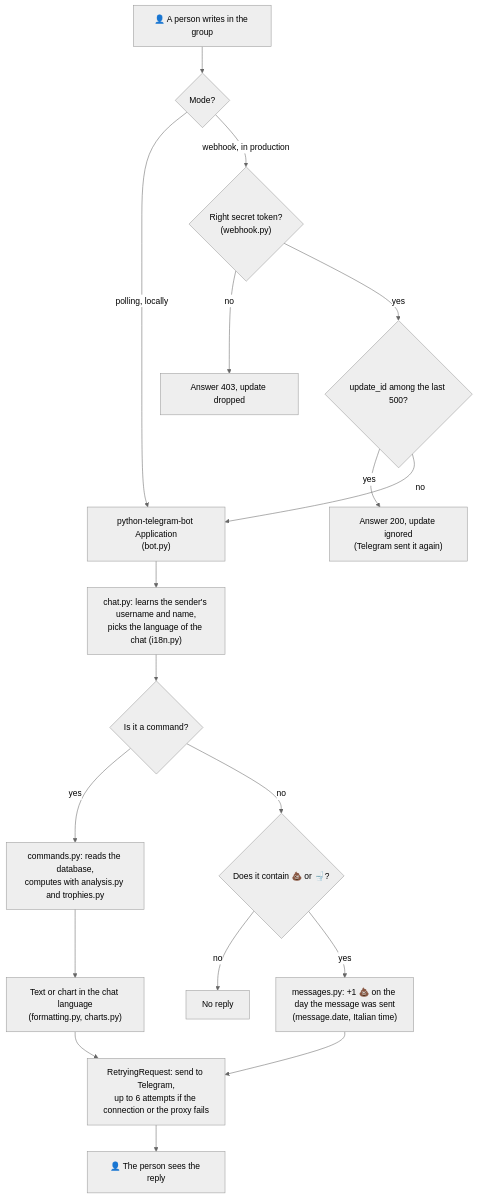
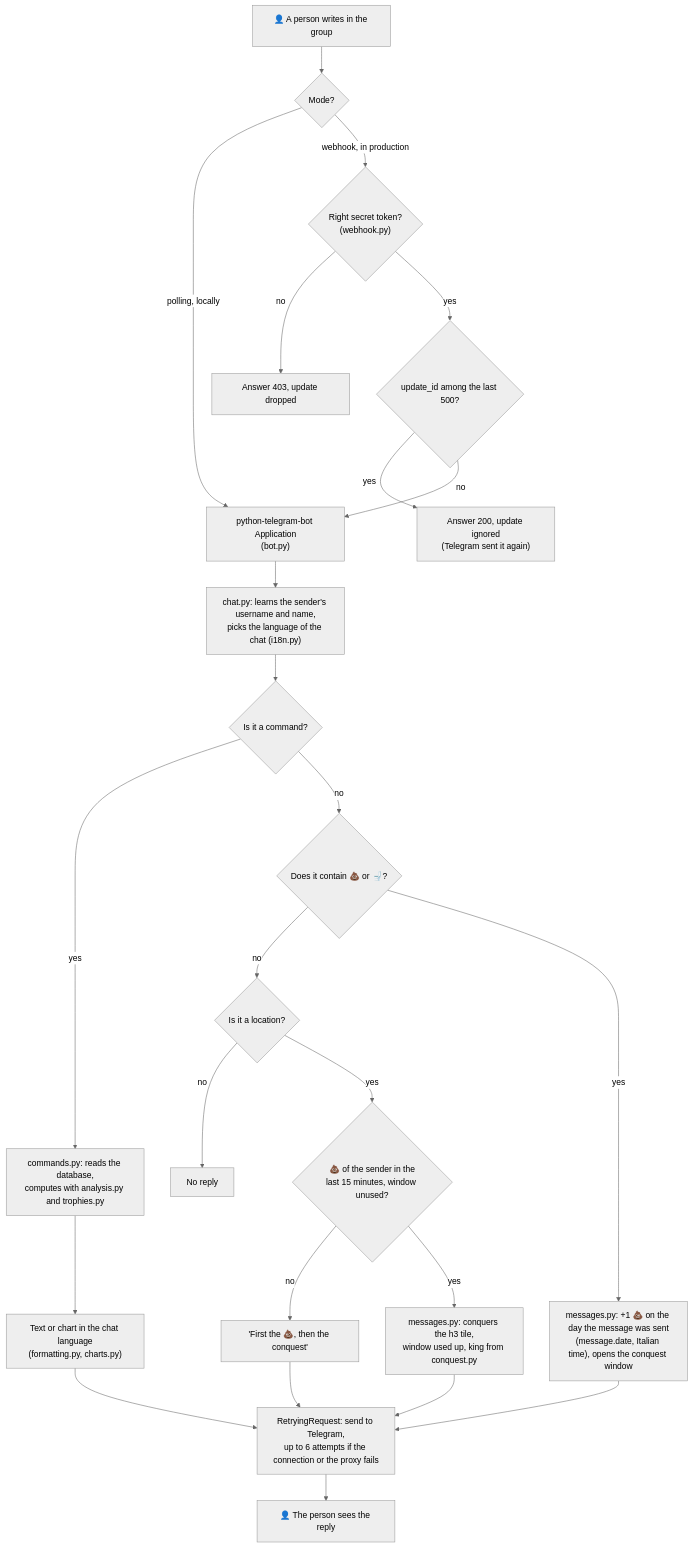
Before and after one commit to francescoperrino/Caccometro: the first of 2 diagrams in docs/architecture.md, drawn with Mermaid (neutral theme). The commit also changed other lines of this file and 13 other files, not shown here.

````diff
--- a/docs/architecture.md
+++ b/docs/architecture.md
@@ -42,20 +43,26 @@
 ```mermaid
 flowchart TD
     start["👤 A person writes in the group"] --> mode{"Mode?"}
     mode -->|"polling, locally"| app["python-telegram-bot Application<br/>(bot.py)"]
     mode -->|"webhook, in production"| secret{"Right secret token?<br/>(webhook.py)"}
     secret -->|"no"| refused["Answer 403, update dropped"]
     secret -->|"yes"| seen{"update_id among the last 500?"}
     seen -->|"yes"| skipped["Answer 200, update ignored<br/>(Telegram sent it again)"]
     seen -->|"no"| app
     app --> sender["chat.py: learns the sender's username and name,<br/>picks the language of the chat (i18n.py)"]
     sender --> command{"Is it a command?"}
     command -->|"yes"| commands["commands.py: reads the database,<br/>computes with analysis.py and trophies.py"]
     command -->|"no"| poop{"Does it contain 💩 or 🚽?"}
-    poop -->|"no"| silent["No reply"]
-    poop -->|"yes"| count["messages.py: +1 💩 on the day the message was sent<br/>(message.date, Italian time)"]
+    poop -->|"no"| location{"Is it a location?"}
+    location -->|"no"| silent["No reply"]
+    location -->|"yes"| window{"💩 of the sender in the<br/>last 15 minutes, window unused?"}
+    window -->|"no"| first["'First the 💩, then the conquest'"]
+    window -->|"yes"| conquer["messages.py: conquers the h3 tile,<br/>window used up, king from conquest.py"]
+    poop -->|"yes"| count["messages.py: +1 💩 on the day the message was sent<br/>(message.date, Italian time), opens the conquest window"]
     commands --> output["Text or chart in the chat language<br/>(formatting.py, charts.py)"]
     output --> send["RetryingRequest: send to Telegram,<br/>up to 6 attempts if the connection or the proxy fails"]
     count --> send
+    first --> send
+    conquer --> send
     send --> reply["👤 The person sees the reply"]
 ```
````
